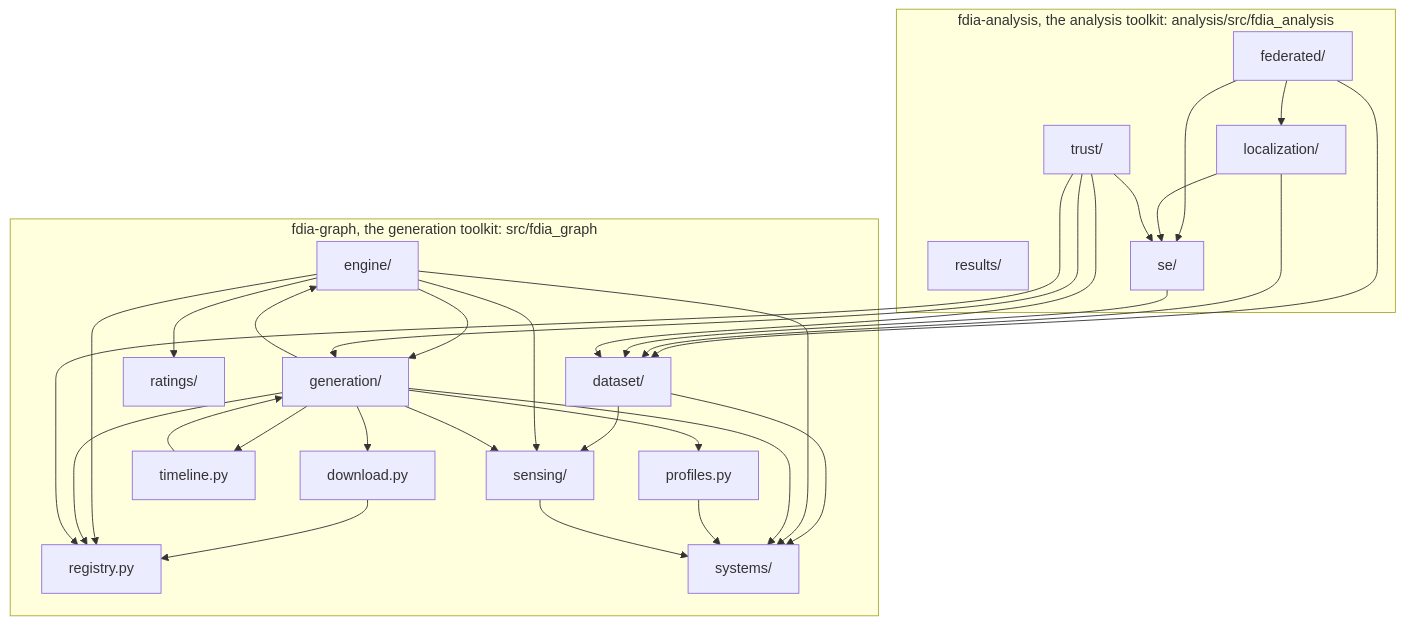
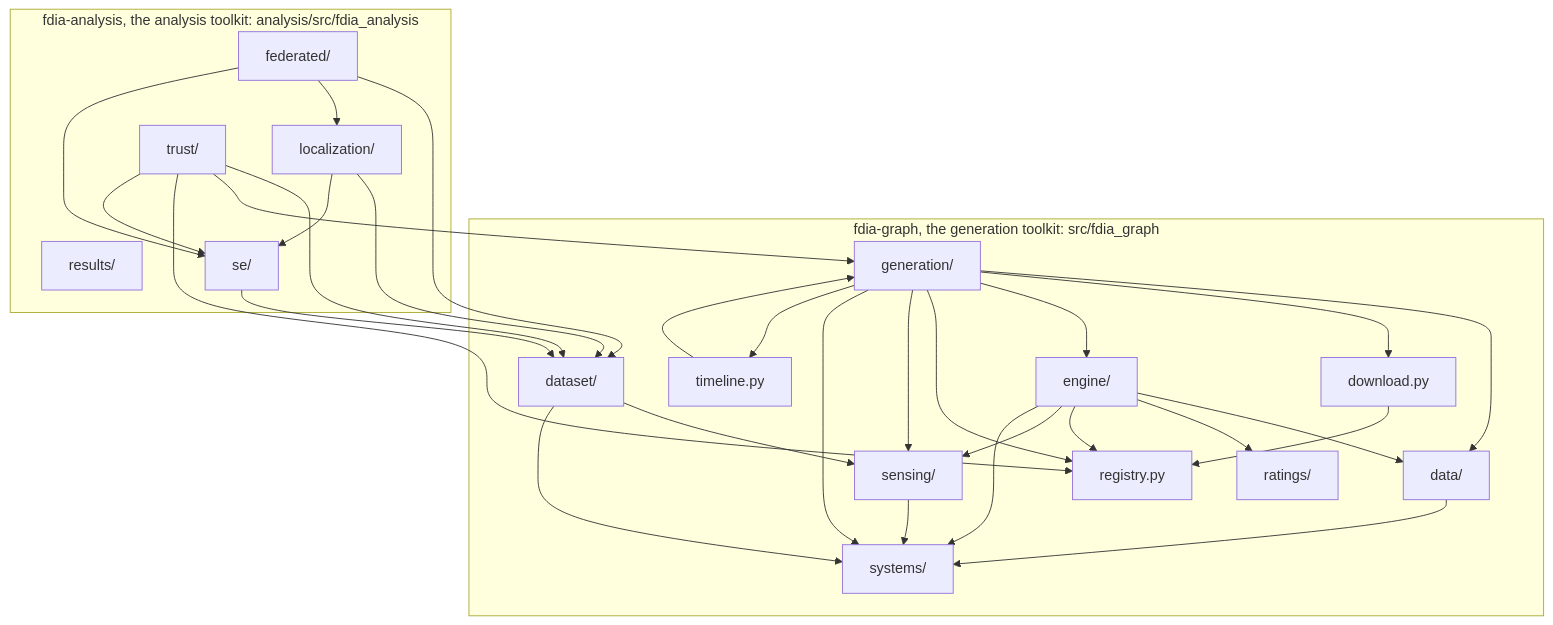
The diagram in docs/figures/diagrams/modules.mmd (myersben9/fdia-graph), drawn with Mermaid before and after one commit. The commit also changed 73 other files, not shown here.

```diff
--- a/docs/figures/diagrams/modules.mmd
+++ b/docs/figures/diagrams/modules.mmd
@@ -1,48 +1,48 @@
 flowchart TB
     subgraph fdia_graph["fdia-graph, the generation toolkit: src/fdia_graph"]
+        data["data/"]
         dataset["dataset/"]
         download["download.py"]
         engine["engine/"]
         generation["generation/"]
-        profiles["profiles.py"]
         ratings["ratings/"]
         registry["registry.py"]
         sensing["sensing/"]
         systems["systems/"]
         timeline["timeline.py"]
     end
     subgraph fdia_analysis["fdia-analysis, the analysis toolkit: analysis/src/fdia_analysis"]
         federated["federated/"]
         localization["localization/"]
         results["results/"]
         se["se/"]
         trust["trust/"]
     end
+    data --> systems
     dataset --> sensing
     dataset --> systems
     download --> registry
-    engine --> generation
+    engine --> data
     engine --> ratings
     engine --> registry
     engine --> sensing
     engine --> systems
     federated --> dataset
     federated --> localization
     federated --> se
+    generation --> data
     generation --> download
     generation --> engine
-    generation --> profiles
     generation --> registry
     generation --> sensing
     generation --> systems
     generation --> timeline
     localization --> dataset
     localization --> se
-    profiles --> systems
     se --> dataset
     sensing --> systems
     timeline --> generation
     trust --> dataset
     trust --> generation
     trust --> registry
     trust --> se
```
